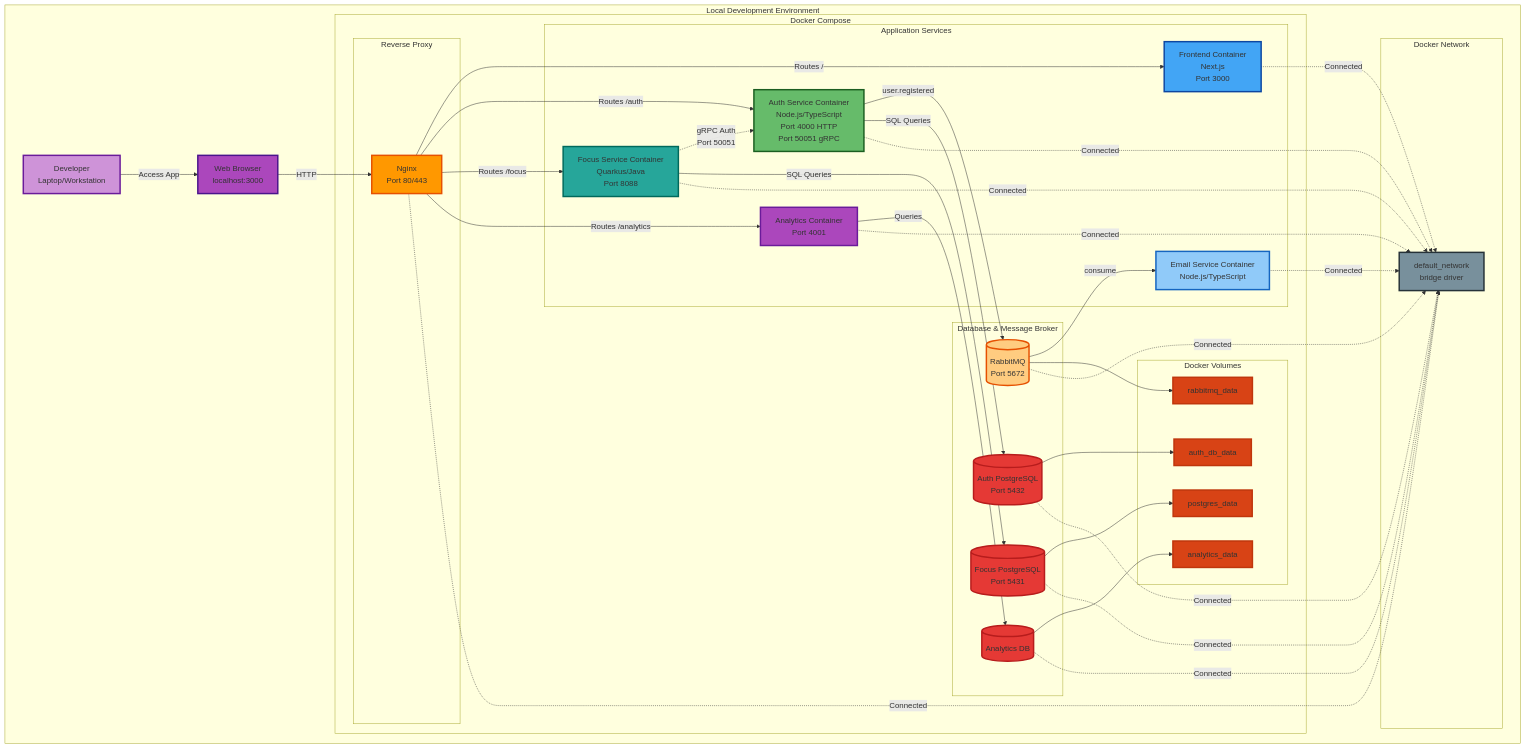
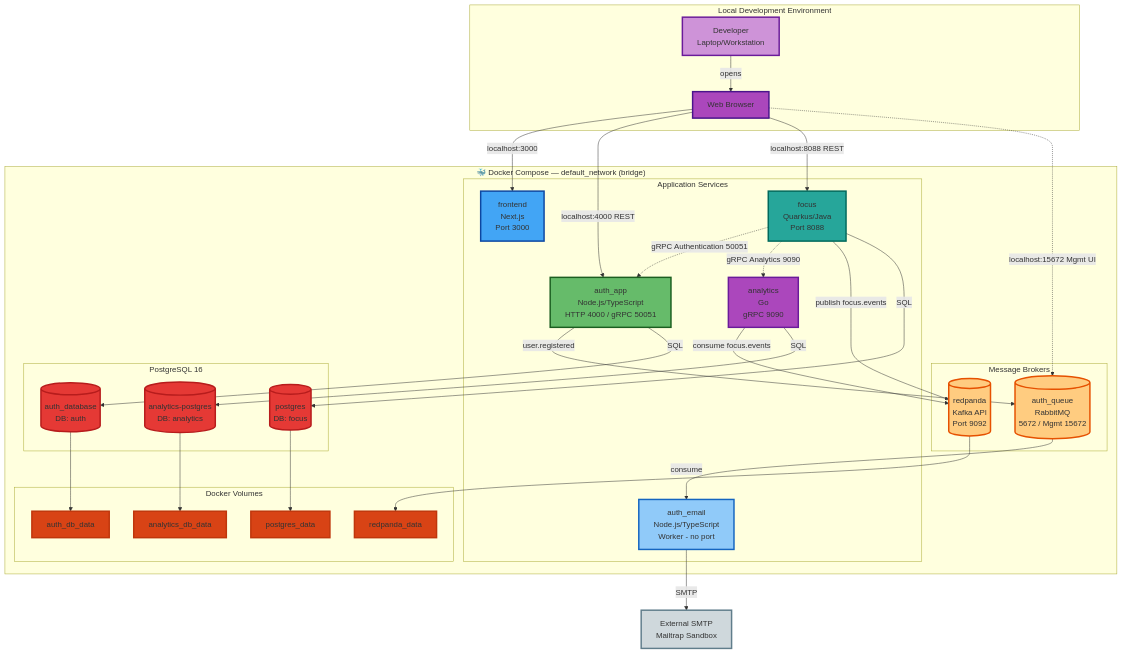
One commit to CloudNativeDevelopmentTeamH/infra changed the second of 2 diagrams in architecture.md. Above: the diagram before and after it, drawn with Mermaid. The commit also changed other lines of this file and 2 other files, not shown here.

````diff
--- a/architecture.md
+++ b/architecture.md
@@ -255,84 +128,74 @@
 graph TB
     subgraph Developer["Local Development Environment"]
         Dev[Developer<br/>Laptop/Workstation]
-        Browser[Web Browser<br/>localhost:3000]
+        Browser[Web Browser]
+    end
 
-        subgraph Docker["Docker Compose"]
-            subgraph Proxy["Reverse Proxy"]
-                Nginx[Nginx<br/>Port 80/443]
-            end
-
-            subgraph Services["Application Services"]
-                LocalFrontend[Frontend Container<br/>Next.js<br/>Port 3000]
-                LocalAuth[Auth Service Container<br/>Node.js/TypeScript<br/>Port 4000 HTTP<br/>Port 50051 gRPC]
-                LocalFocus[Focus Service Container<br/>Quarkus/Java<br/>Port 8088]
-                LocalEmail[Email Service Container<br/>Node.js/TypeScript]
-                LocalAnalytics[Analytics Container<br/>Port 4001]
-            end
-
-            subgraph Databases["Database & Message Broker"]
-                LocalAuthDB[(Auth PostgreSQL<br/>Port 5432)]
-                LocalFocusDB[(Focus PostgreSQL<br/>Port 5431)]
-                LocalAnalyticsDB[(Analytics DB)]
-                LocalRabbitMQ[(RabbitMQ<br/>Port 5672)]
-            end
-
-            subgraph Volumes["Docker Volumes"]
-                AuthData[auth_db_data]
-                FocusData[postgres_data]
-                AnalyticsData[analytics_data]
-                RabbitMQData[rabbitmq_data]
-            end
+    subgraph Compose["🐳 Docker Compose — default_network (bridge)"]
+        subgraph Services["Application Services"]
+            LocalFrontend[frontend<br/>Next.js<br/>Port 3000]
+            LocalAuth[auth_app<br/>Node.js/TypeScript<br/>HTTP 4000 / gRPC 50051]
+            LocalFocus[focus<br/>Quarkus/Java<br/>Port 8088]
+            LocalAnalytics[analytics<br/>Go<br/>gRPC 9090]
+            LocalEmail[auth_email<br/>Node.js/TypeScript<br/>Worker - no port]
         end
 
-        subgraph Network["Docker Network"]
-            Bridge[default_network<br/>bridge driver]
+        subgraph Brokers["Message Brokers"]
+            LocalRabbitMQ[(auth_queue<br/>RabbitMQ<br/>5672 / Mgmt 15672)]
+            LocalRedpanda[(redpanda<br/>Kafka API<br/>Port 9092)]
+        end
+
+        subgraph Databases["PostgreSQL 16"]
+            LocalAuthDB[(auth_database<br/>DB: auth)]
+            LocalFocusDB[(postgres<br/>DB: focus)]
+            LocalAnalyticsDB[(analytics-postgres<br/>DB: analytics)]
+        end
+
+        subgraph Volumes["Docker Volumes"]
+            AuthData[auth_db_data]
+            FocusData[postgres_data]
+            AnalyticsData[analytics_db_data]
+            RedpandaData[redpanda_data]
         end
     end
 
+    ExternalSMTP[External SMTP<br/>Mailtrap Sandbox]
+
     %% Developer workflow
-    Dev -->|Access App| Browser
+    Dev -->|opens| Browser
 
-    %% User flows
-    Browser -->|HTTP| Nginx
+    %% Published host ports — browser connects directly (no proxy)
+    Browser -->|localhost:3000| LocalFrontend
+    Browser -->|localhost:4000 REST| LocalAuth
+    Browser -->|localhost:8088 REST| LocalFocus
+    Browser -.->|localhost:15672 Mgmt UI| LocalRabbitMQ
 
-    %% Nginx routing
-    Nginx -->|Routes /| LocalFrontend
-    Nginx -->|Routes /auth| LocalAuth
-    Nginx -->|Routes /focus| LocalFocus
-    Nginx -->|Routes /analytics| LocalAnalytics
+    %% Service-to-service communication (gRPC)
+    LocalFocus -.->|gRPC Authentication 50051| LocalAuth
+    LocalFocus -.->|gRPC Analytics 9090| LocalAnalytics
 
-    %% Service communication
-    LocalFocus -.->|gRPC Auth<br/>Port 50051| LocalAuth
+    %% Async Communication (RabbitMQ)
     LocalAuth -->|user.registered| LocalRabbitMQ
     LocalRabbitMQ -->|consume| LocalEmail
+    LocalEmail -->|SMTP| ExternalSMTP
+
+    %% Async Communication (Kafka / Redpanda)
+    LocalFocus -->|publish focus.events| LocalRedpanda
+    LocalAnalytics -->|consume focus.events| LocalRedpanda
 
     %% Database connections
-    LocalAuth -->|SQL Queries| LocalAuthDB
-    LocalFocus -->|SQL Queries| LocalFocusDB
-    LocalAnalytics -->|Queries| LocalAnalyticsDB
+    LocalAuth -->|SQL| LocalAuthDB
+    LocalFocus -->|SQL| LocalFocusDB
+    LocalAnalytics -->|SQL| LocalAnalyticsDB
 
-    %% Storage
+    %% Storage (RabbitMQ is ephemeral - no volume)
     LocalAuthDB --> AuthData
     LocalFocusDB --> FocusData
     LocalAnalyticsDB --> AnalyticsData
-    LocalRabbitMQ --> RabbitMQData
-
-    %% Network
-    Nginx -.->|Connected| Bridge
-    LocalFrontend -.->|Connected| Bridge
-    LocalAuth -.->|Connected| Bridge
-    LocalFocus -.->|Connected| Bridge
-    LocalEmail -.->|Connected| Bridge
-    LocalAnalytics -.->|Connected| Bridge
-    LocalAuthDB -.->|Connected| Bridge
-    LocalFocusDB -.->|Connected| Bridge
-    LocalAnalyticsDB -.->|Connected| Bridge
-    LocalRabbitMQ -.->|Connected| Bridge
+    LocalRedpanda --> RedpandaData
 
     style Dev fill:#ce93d8,stroke:#6a1b9a,stroke-width:3px
     style Browser fill:#ab47bc,stroke:#4a148c,stroke-width:3px
-    style Nginx fill:#ff9800,stroke:#e65100,stroke-width:3px
     style LocalFrontend fill:#42a5f5,stroke:#0d47a1,stroke-width:3px
     style LocalAuth fill:#66bb6a,stroke:#1b5e20,stroke-width:3px
     style LocalFocus fill:#26a69a,stroke:#00695c,stroke-width:3px
@@ -342,9 +205,10 @@
     style LocalFocusDB fill:#e53935,stroke:#b71c1c,stroke-width:3px
     style LocalAnalyticsDB fill:#e53935,stroke:#b71c1c,stroke-width:3px
     style LocalRabbitMQ fill:#ffcc80,stroke:#e65100,stroke-width:3px
+    style LocalRedpanda fill:#ffcc80,stroke:#e65100,stroke-width:3px
+    style ExternalSMTP fill:#cfd8dc,stroke:#607d8b,stroke-width:3px
     style AuthData fill:#d84315,stroke:#bf360c,stroke-width:3px
     style FocusData fill:#d84315,stroke:#bf360c,stroke-width:3px
     style AnalyticsData fill:#d84315,stroke:#bf360c,stroke-width:3px
-    style RabbitMQData fill:#d84315,stroke:#bf360c,stroke-width:3px
-    style Bridge fill:#78909c,stroke:#263238,stroke-width:3px
+    style RedpandaData fill:#d84315,stroke:#bf360c,stroke-width:3px
 ```
````
